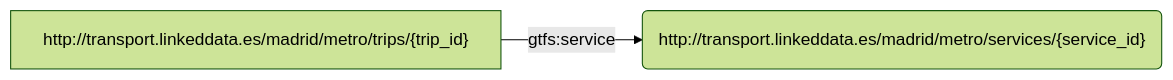
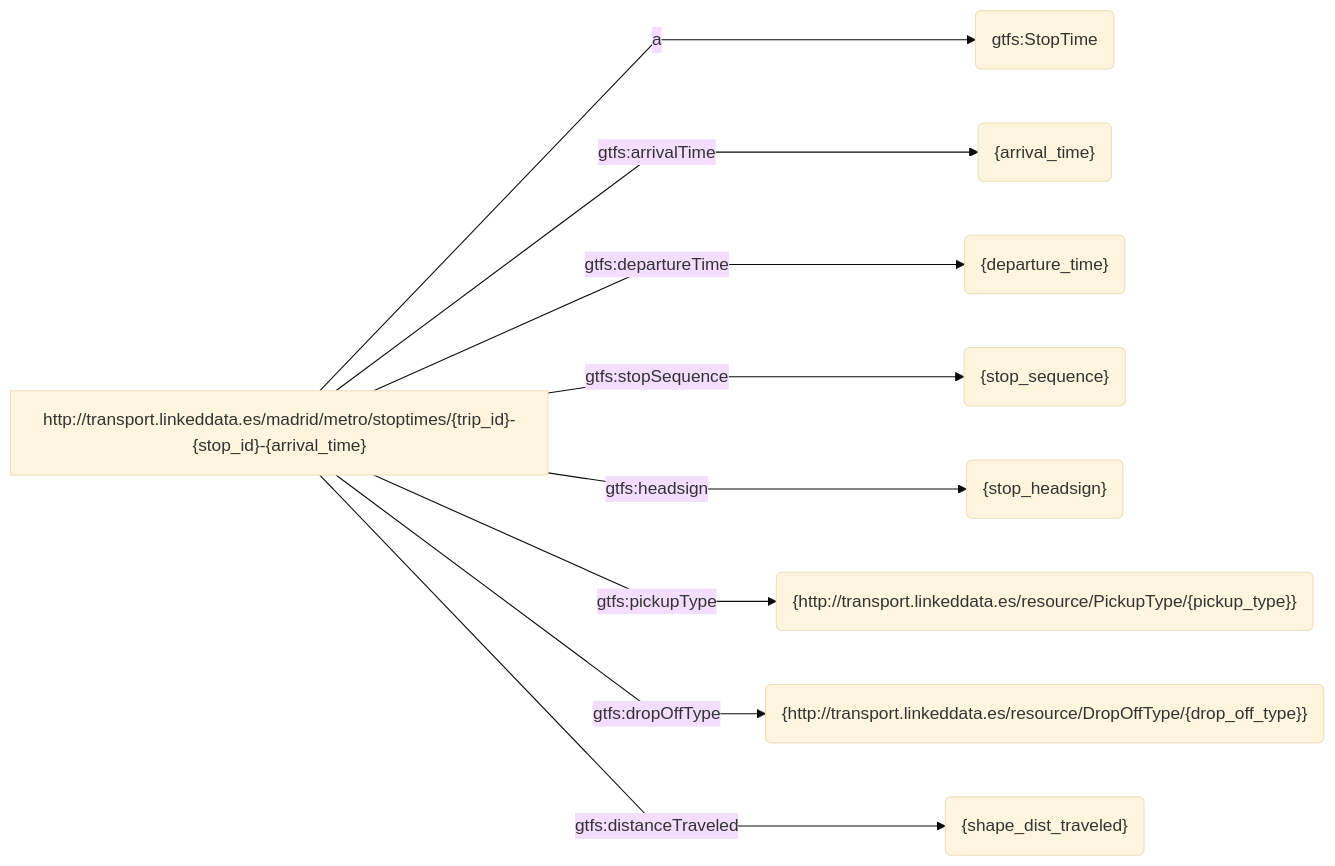
Before and after one commit to oeg-upm/rmldoc: diagram 15 of 25 in example/example.md, drawn with Mermaid. The commit also changed other lines of this file and 2 other files, not shown here.

````diff
--- a/example/example.md
+++ b/example/example.md
@@ -383,7 +375,13 @@
 ```mermaid
-%%{ init : { "theme" : "forest", "flowchart" : { "curve" : "linear" }}}%%
-
+%%{ init : { "theme" : "base", "flowchart" : { "curve" : "linear" }}}%%
 flowchart LR
-S2["http://transport.linkeddata.es/madrid/metro/trips/{trip_id}"] -->|"gtfs:service"| object2("http://transport.linkeddata.es/madrid/metro/services/{service_id}")
-
+S["http://transport.linkeddata.es/madrid/metro/stoptimes/{trip_id}-{stop_id}-{arrival_time}"] -->|"a"| object1("gtfs:StopTime")
+S["http://transport.linkeddata.es/madrid/metro/stoptimes/{trip_id}-{stop_id}-{arrival_time}"] -->|"gtfs:arrivalTime"| object2("{arrival_time}")
+S["http://transport.linkeddata.es/madrid/metro/stoptimes/{trip_id}-{stop_id}-{arrival_time}"] -->|"gtfs:departureTime"| object3("{departure_time}")
+S["http://transport.linkeddata.es/madrid/metro/stoptimes/{trip_id}-{stop_id}-{arrival_time}"] -->|"gtfs:stopSequence"| object4("{stop_sequence}")
+S["http://transport.linkeddata.es/madrid/metro/stoptimes/{trip_id}-{stop_id}-{arrival_time}"] -->|"gtfs:headsign"| object5("{stop_headsign}")
+S["http://transport.linkeddata.es/madrid/metro/stoptimes/{trip_id}-{stop_id}-{arrival_time}"] -->|"gtfs:pickupType"| object6("{http://transport.linkeddata.es/resource/PickupType/{pickup_type}}")
+S["http://transport.linkeddata.es/madrid/metro/stoptimes/{trip_id}-{stop_id}-{arrival_time}"] -->|"gtfs:dropOffType"| object7("{http://transport.linkeddata.es/resource/DropOffType/{drop_off_type}}")
+S["http://transport.linkeddata.es/madrid/metro/stoptimes/{trip_id}-{stop_id}-{arrival_time}"] -->|"gtfs:distanceTraveled"| object8("{shape_dist_traveled}")
+    
 ``` 
````
